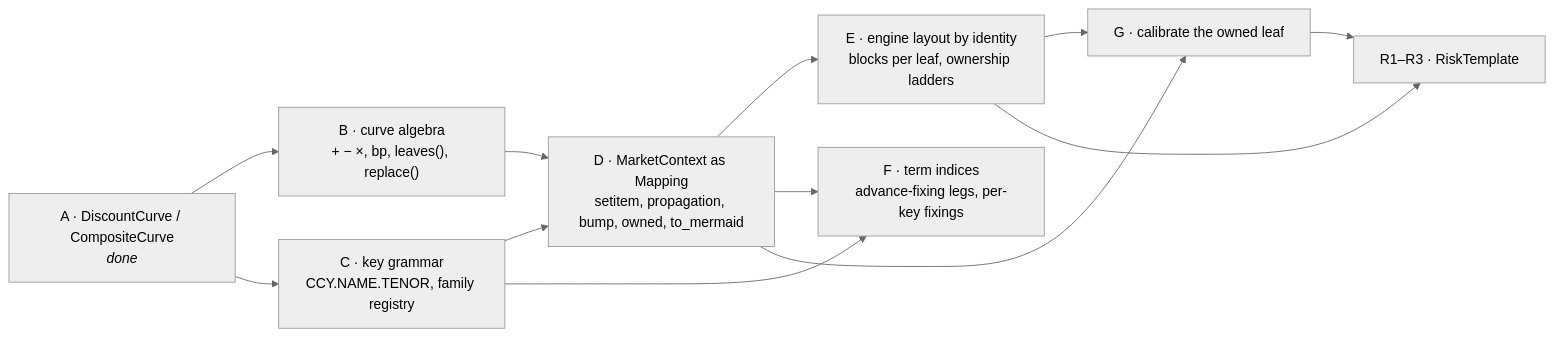
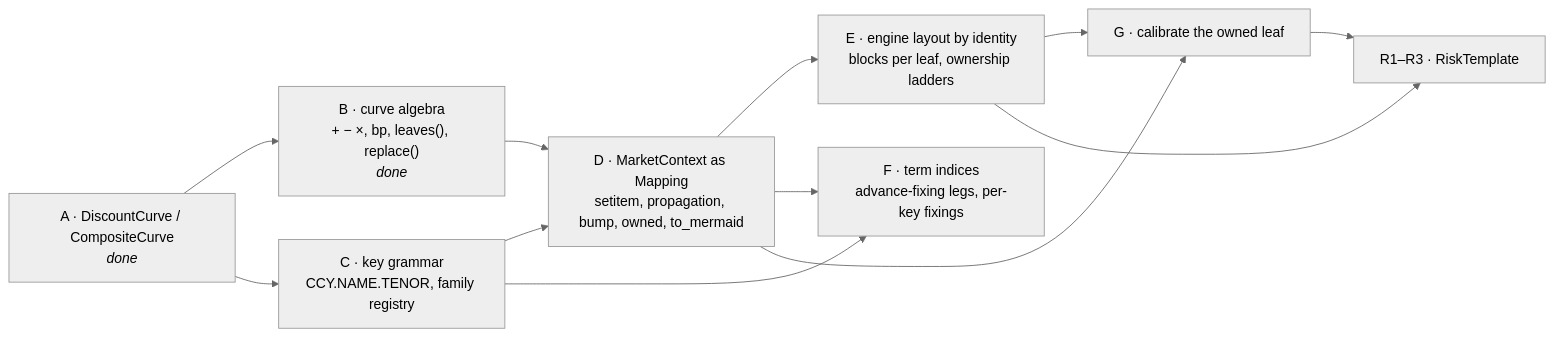
One commit to rudetastic13/quant-toolkit changed the diagram in docs/curves_and_market_plan.md. Above: the diagram before and after it, drawn with Mermaid (neutral theme). The commit also changed other lines of this file and 11 other files, not shown here.

First line of the commit message:
Curve algebra: operators, bp, Leaf, leaves() and replace()

````diff
--- a/docs/curves_and_market_plan.md
+++ b/docs/curves_and_market_plan.md
@@ -43,22 +43,22 @@
 ```mermaid
 graph LR
     A["A · DiscountCurve / CompositeCurve<br/><i>done</i>"]
-    B["B · curve algebra<br/>+ − ×, bp, leaves(), replace()"]
+    B["B · curve algebra<br/>+ − ×, bp, leaves(), replace()<br/><i>done</i>"]
     C["C · key grammar<br/>CCY.NAME.TENOR, family registry"]
     D["D · MarketContext as Mapping<br/>setitem, propagation, bump, owned, to_mermaid"]
     E["E · engine layout by identity<br/>blocks per leaf, ownership ladders"]
     F["F · term indices<br/>advance-fixing legs, per-key fixings"]
     G["G · calibrate the owned leaf"]
     R["R1–R3 · RiskTemplate"]
     A --> B
     A --> C
     B --> D
     C --> D
     C --> F
     D --> E
     D --> F
     D --> G
     E --> G
     E --> R
     G --> R
 ```
````
